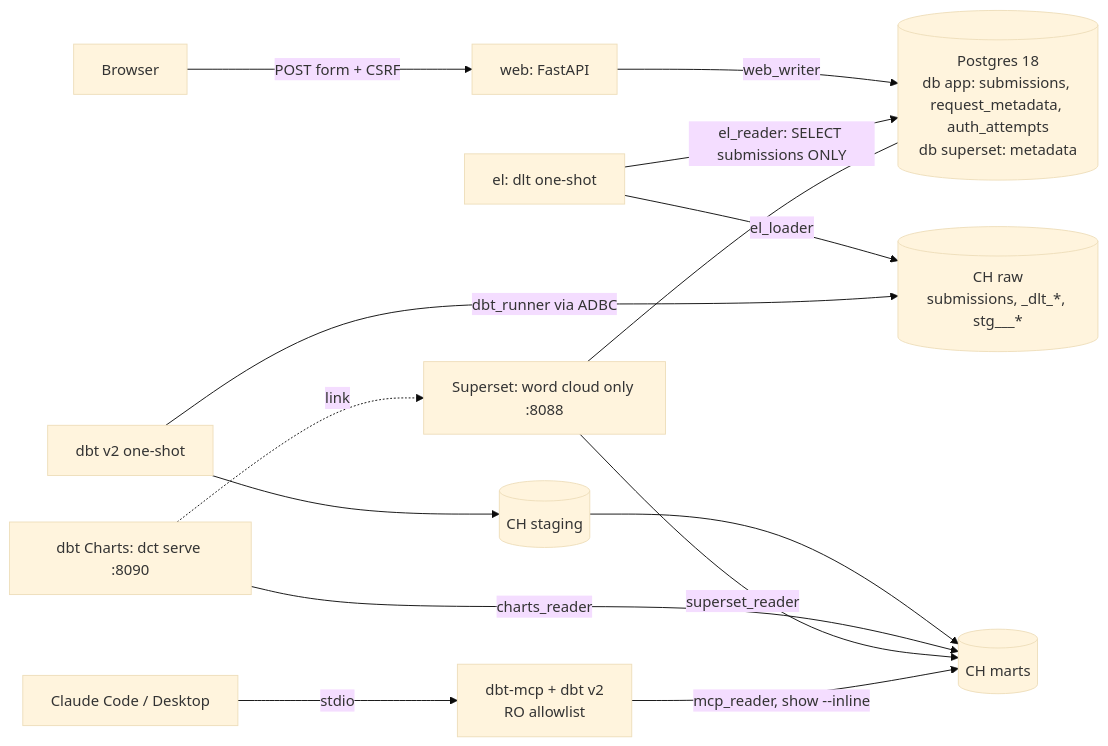
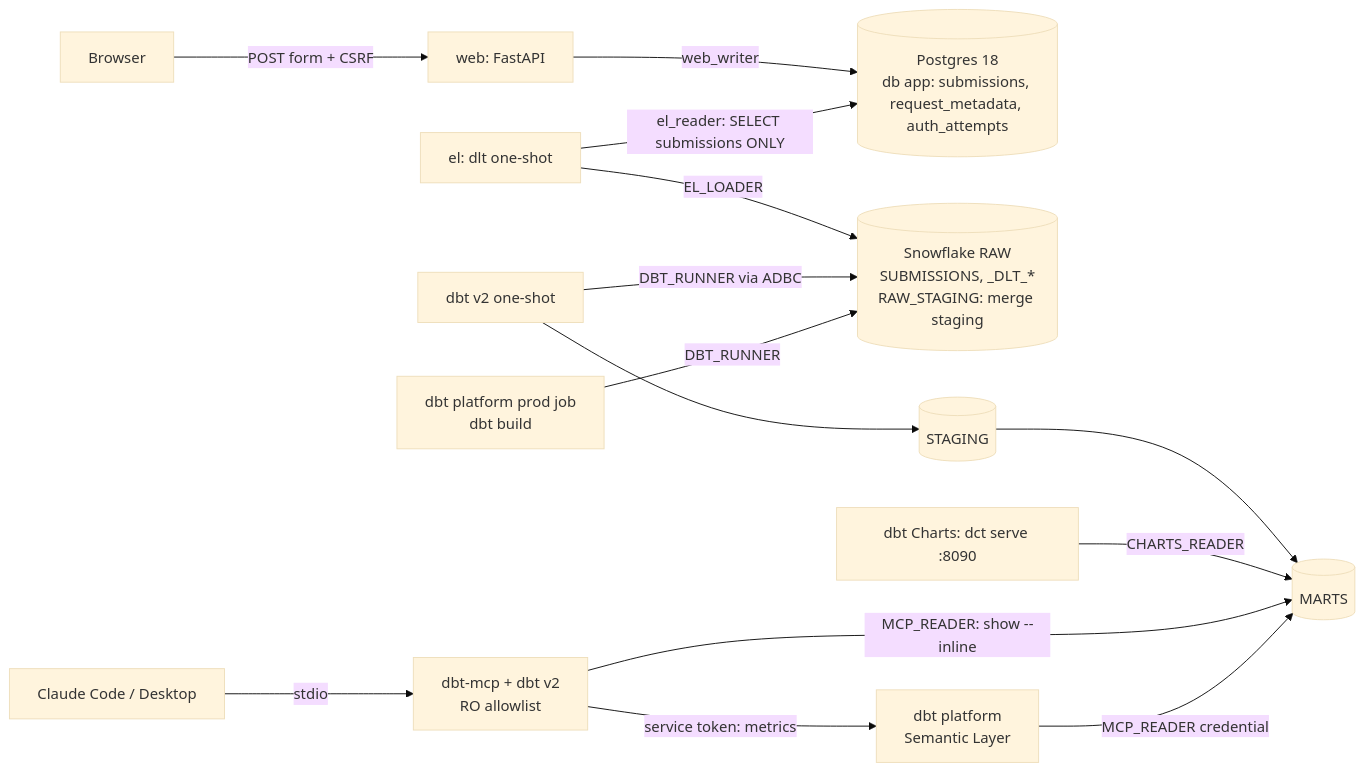
The diagram in docs/architecture.md (danielbdias/ai-context-with-dbt), drawn with Mermaid (base theme) before and after one commit. The commit also changed other lines of this file and 12 other files, not shown here.

Commit message:
docs: rewrite for Snowflake and the Semantic Layer (#30)

````diff
--- a/docs/architecture.md
+++ b/docs/architecture.md
@@ -6,15 +8,15 @@
 ```mermaid
 flowchart LR
   U[Browser] -->|POST form + CSRF| W[web: FastAPI]
-  W -->|web_writer| PG[(Postgres 18<br/>db app: submissions, request_metadata, auth_attempts<br/>db superset: metadata)]
+  W -->|web_writer| PG[(Postgres 18<br/>db app: submissions, request_metadata, auth_attempts)]
   EL[el: dlt one-shot] -->|el_reader: SELECT submissions ONLY| PG
-  EL -->|el_loader| RAW[(CH raw<br/>submissions, _dlt_*, stg___*)]
-  DBT[dbt v2 one-shot] -->|dbt_runner via ADBC| RAW
-  DBT --> STG[(CH staging)] --> MRT[(CH marts)]
-  DC[dbt Charts: dct serve :8090] -->|charts_reader| MRT
-  SS[Superset: word cloud only :8088] -->|superset_reader| MRT
-  SS --- PG
-  DC -. link .-> SS
+  EL -->|EL_LOADER| RAW[(Snowflake RAW<br/>SUBMISSIONS, _DLT_*<br/>RAW_STAGING: merge staging)]
+  DBT[dbt v2 one-shot] -->|DBT_RUNNER via ADBC| RAW
+  DBT --> STG[(STAGING)] --> MRT[(MARTS)]
+  DC[dbt Charts: dct serve :8090] -->|CHARTS_READER| MRT
   C[Claude Code / Desktop] -->|stdio| MCP[dbt-mcp + dbt v2<br/>RO allowlist]
-  MCP -->|mcp_reader, show --inline| MRT
+  MCP -->|MCP_READER: show --inline| MRT
+  MCP -->|service token: metrics| SL[dbt platform<br/>Semantic Layer]
+  SL -->|MCP_READER credential| MRT
+  PLAT[dbt platform prod job<br/>dbt build] -->|DBT_RUNNER| RAW
 ```
````
